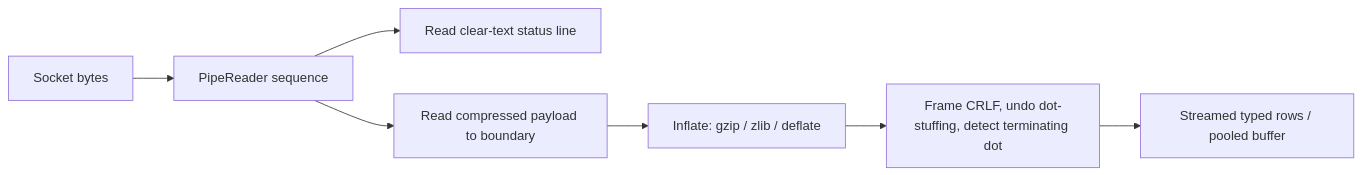
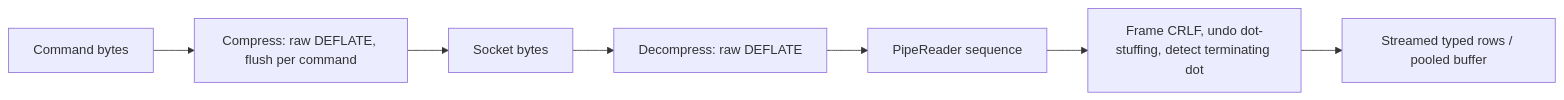
One commit to Spottarr/Usenet changed the fourth of 6 diagrams in docs/architecture.md. Above: the diagram before and after it, drawn with Mermaid. The commit also changed other lines of this file and 2 other files, not shown here.

First line of the commit message:
Document the RFC 8054 COMPRESS DEFLATE transport

````diff
--- a/docs/architecture.md
+++ b/docs/architecture.md
@@ -100,9 +103,8 @@
 ```mermaid
 flowchart LR
-  A[Socket bytes] --> B[PipeReader sequence]
-  B --> S[Read clear-text status line]
-  B --> P[Read compressed payload to boundary]
-  P --> I[Inflate: gzip / zlib / deflate]
-  I --> C[Frame CRLF, undo dot-stuffing, detect terminating dot]
+  A[Socket bytes] --> X[Decompress: raw DEFLATE]
+  X --> B[PipeReader sequence]
+  B --> C[Frame CRLF, undo dot-stuffing, detect terminating dot]
   C --> R[Streamed typed rows / pooled buffer]
+  W[Command bytes] --> Z[Compress: raw DEFLATE, flush per command] --> A
 ```
````
